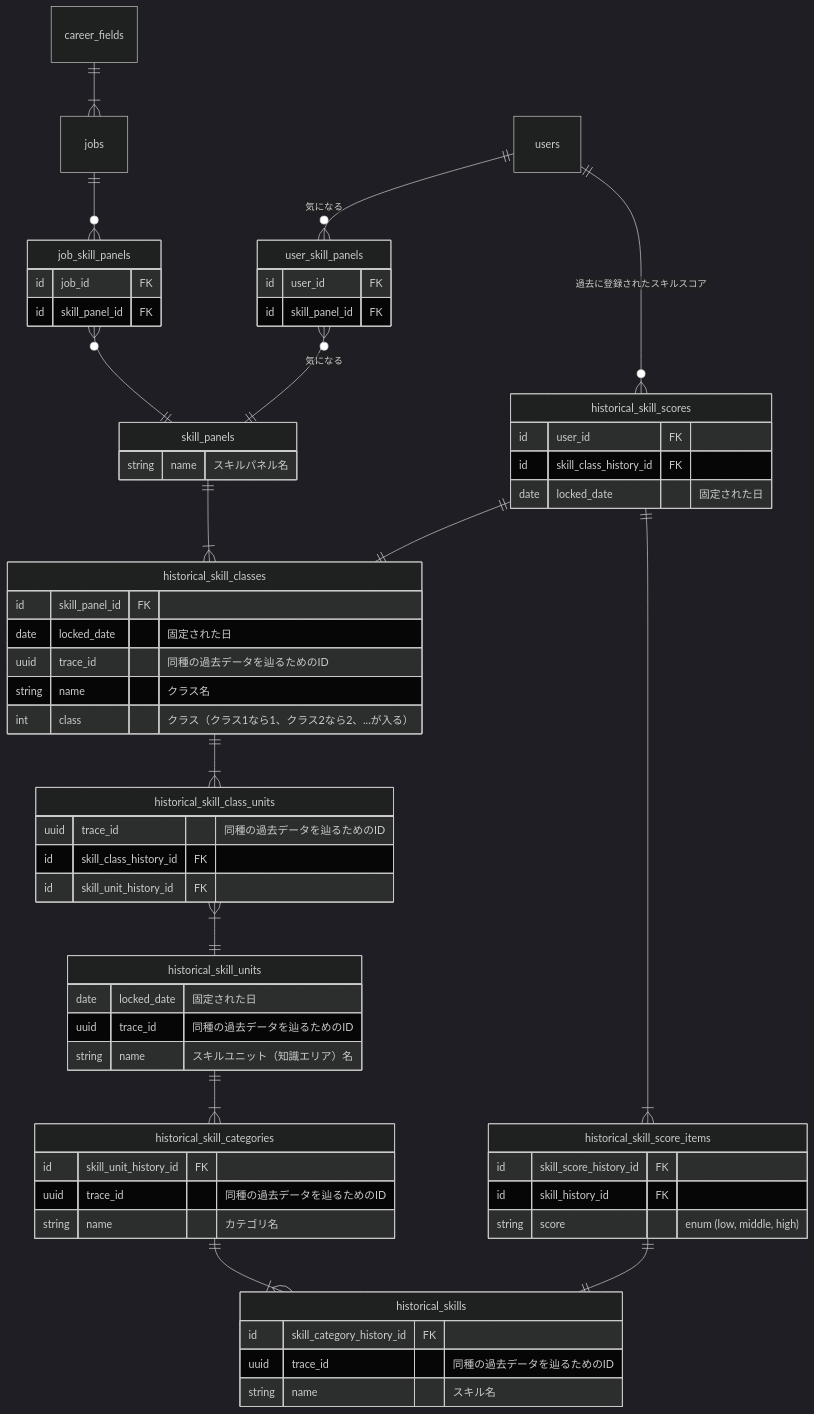
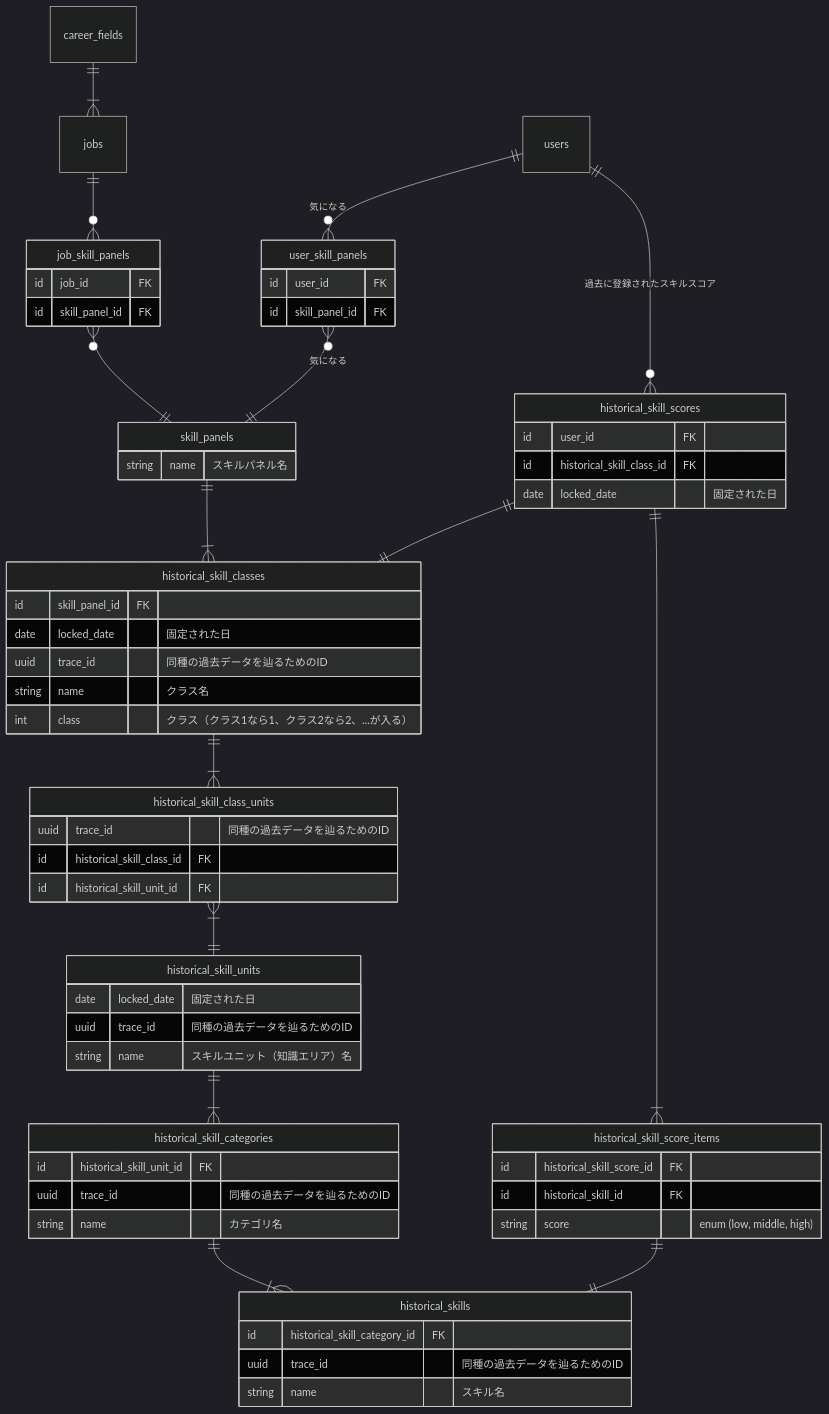
Before and after one commit to bright-org/bright: the third of 3 diagrams in docs/logics/update_skill_panels.md, drawn with Mermaid (dark theme). The commit also changed other lines of this file, not shown here.

Commit message:
docs(logic): fix foreign key column names

````diff
--- a/docs/logics/update_skill_panels.md
+++ b/docs/logics/update_skill_panels.md
@@ -167,75 +167,75 @@
 ```mermaid
 erDiagram
   skill_panels ||--|{ historical_skill_classes : ""
   historical_skill_classes ||--|{ historical_skill_class_units : ""
   historical_skill_class_units }|--|| historical_skill_units : ""
   historical_skill_units ||--|{ historical_skill_categories : ""
   historical_skill_categories ||--|{ historical_skills : ""
   career_fields ||--|{ jobs : ""
   jobs ||--o{ job_skill_panels : ""
   job_skill_panels }o--|| skill_panels : ""
   users ||--o{ user_skill_panels : "気になる"
   user_skill_panels }o--|| skill_panels : "気になる"
   users ||--o{ historical_skill_scores : "過去に登録されたスキルスコア"
   historical_skill_scores ||--|| historical_skill_classes : ""
   historical_skill_scores ||--|{ historical_skill_score_items : ""
   historical_skill_score_items ||--|| historical_skills : ""
 
   skill_panels {
     string name "スキルパネル名"
   }
 
   historical_skill_classes {
     id skill_panel_id FK
     date locked_date "固定された日"
     uuid trace_id "同種の過去データを辿るためのID"
     string name "クラス名"
     int class "クラス（クラス1なら1、クラス2なら2、...が入る）"
   }
 
   historical_skill_class_units {
     uuid trace_id "同種の過去データを辿るためのID"
-    id skill_class_history_id FK
-    id skill_unit_history_id FK
+    id historical_skill_class_id FK
+    id historical_skill_unit_id FK
   }
 
   historical_skill_units {
     date locked_date "固定された日"
     uuid trace_id "同種の過去データを辿るためのID"
     string name "スキルユニット（知識エリア）名"
   }
 
   historical_skill_categories {
-    id skill_unit_history_id FK
+    id historical_skill_unit_id FK
     uuid trace_id "同種の過去データを辿るためのID"
     string name "カテゴリ名"
   }
 
   historical_skills {
-    id skill_category_history_id FK
+    id historical_skill_category_id FK
     uuid trace_id "同種の過去データを辿るためのID"
     string name "スキル名"
   }
 
   job_skill_panels {
     id job_id FK
     id skill_panel_id FK
   }
 
   user_skill_panels {
     id user_id FK
     id skill_panel_id FK
   }
 
   historical_skill_scores {
     id user_id FK
-    id skill_class_history_id FK
+    id historical_skill_class_id FK
     date locked_date "固定された日"
   }
 
   historical_skill_score_items {
-    id skill_score_history_id FK
-    id skill_history_id FK
+    id historical_skill_score_id FK
+    id historical_skill_id FK
     string score "enum (low, middle, high)"
   }
 ```
````
